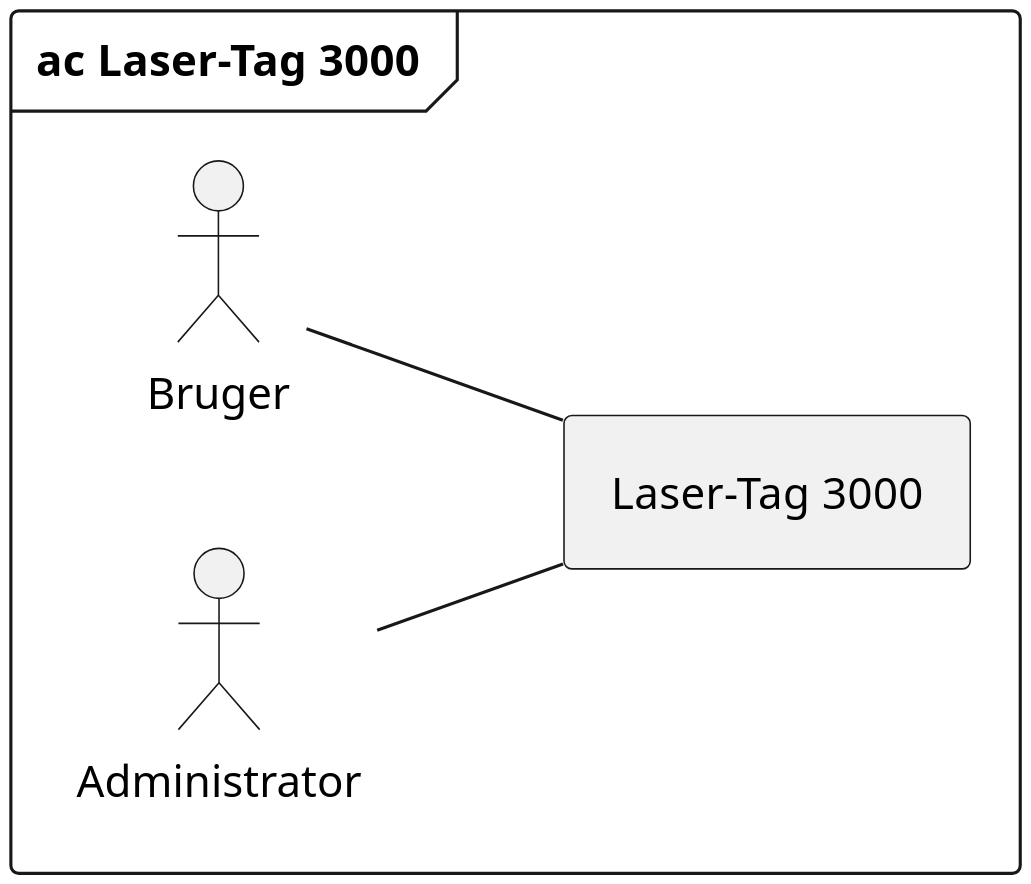
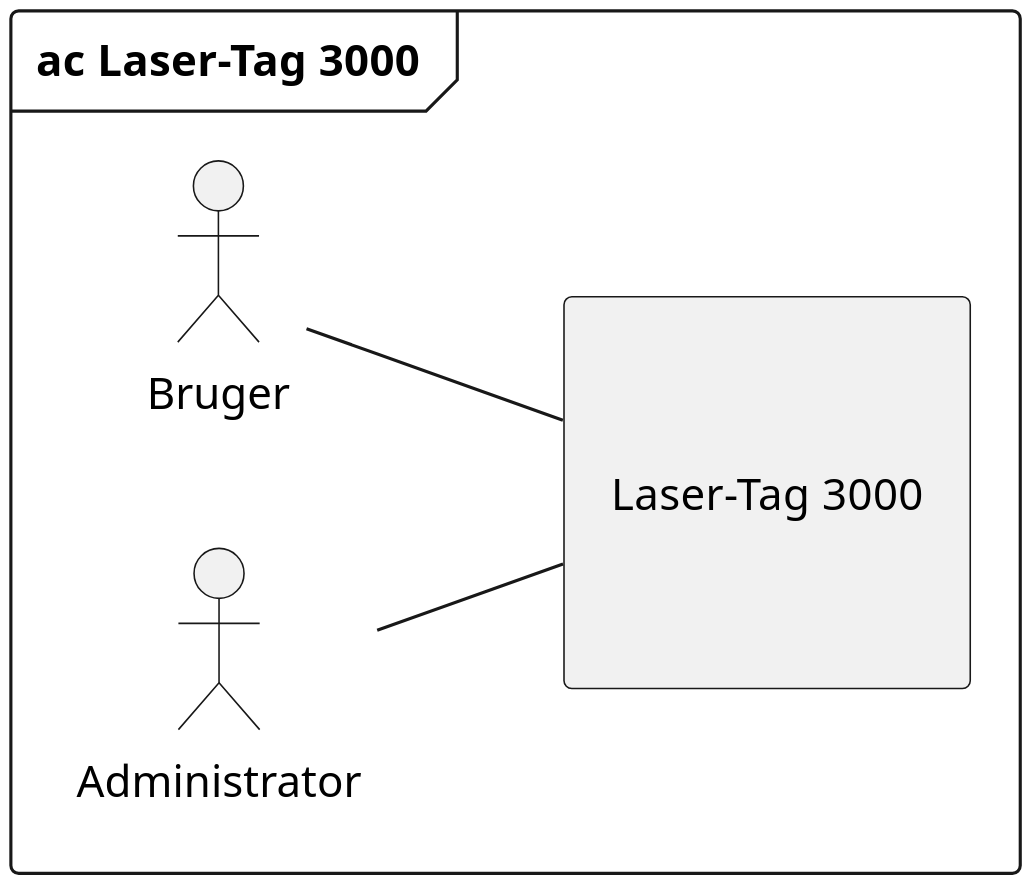
One commit to LasseKrarup/Laser-Tag-Project changed the diagram in PlantUML/ac_diagram.plantuml. Above: the diagram before and after it, drawn with PlantUML.

Commit message:
Added bigger box in ac diagram

```diff
--- a/PlantUML/ac_diagram.plantuml
+++ b/PlantUML/ac_diagram.plantuml
@@ -1,27 +1,27 @@
 @startuml ac_diagram
 
 left to right direction
 
 skinparam {
     monochrome true
     dpi 300
     padding 5
     packageStyle rectangle
     packageStyle frame
     shadowing false
     'linetype polyline
     'linetype ortho
     'backgroundColor transparent
 }
 
 frame "ac Laser-Tag 3000" {
 
     actor Bruger as user
     actor Administrator as admin
-    rectangle "Laser-Tag 3000" as lasertag
+    rectangle "\n\nLaser-Tag 3000\n\n" as lasertag
 
     user -- lasertag
     admin -- lasertag
 }
 
 @enduml
```
